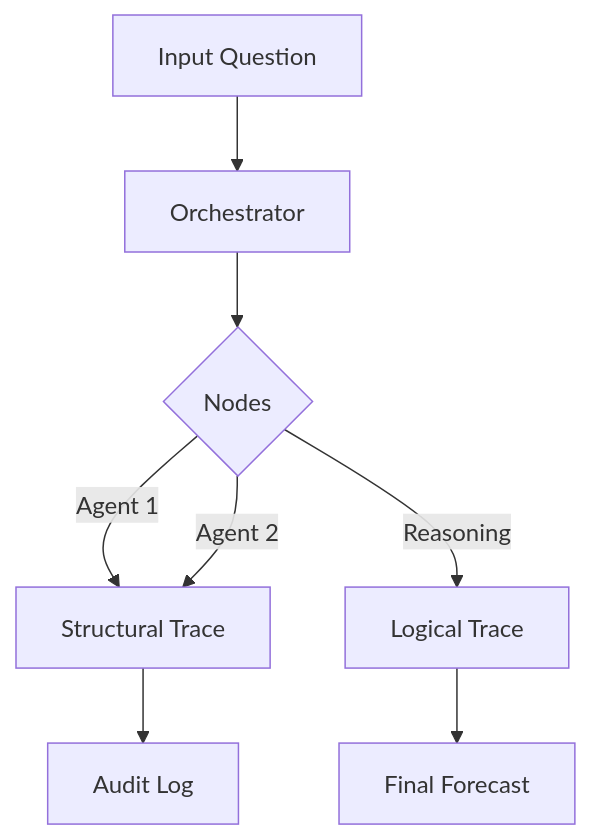
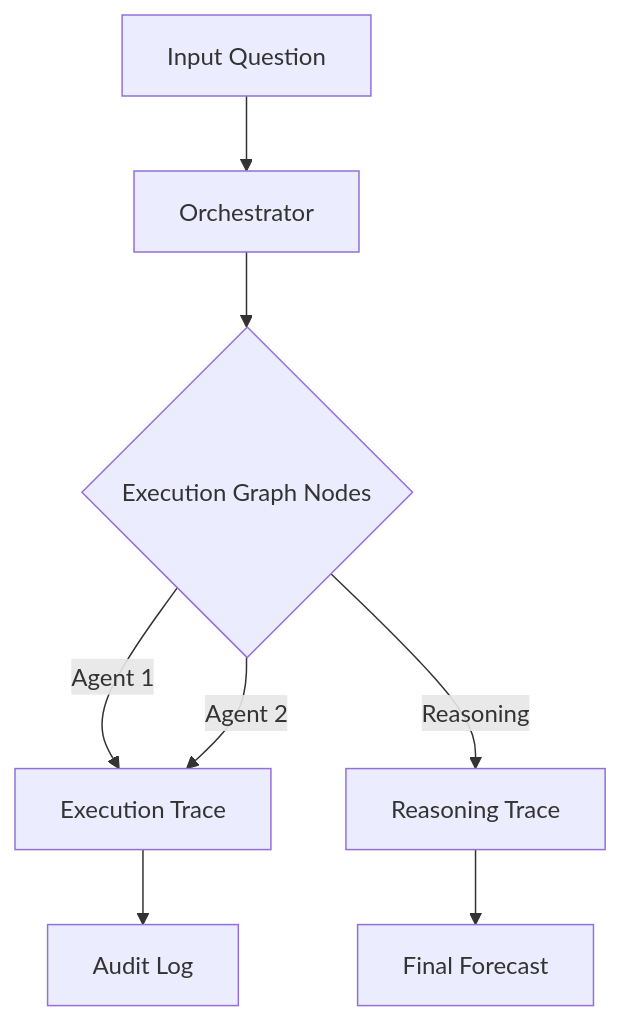
Before and after one commit to xrtm-org/forecast: the first of 2 diagrams in docs/architecture.md, drawn with Mermaid. The commit also changed other lines of this file and 43 other files, not shown here.

First line of the commit message:
docs: align stack versioning and execution trace terminology

````diff
--- a/docs/architecture.md
+++ b/docs/architecture.md
@@ -84,10 +94,10 @@
 ```mermaid
 graph TD
     A[Input Question] --> B[Orchestrator]
-    B --> C{Nodes}
-    C -- "Agent 1" --> D[Structural Trace]
+    B --> C{Execution Graph Nodes}
+    C -- "Agent 1" --> D[Execution Trace]
     C -- "Agent 2" --> D
     D --> E[Audit Log]
-    C -- "Reasoning" --> F[Logical Trace]
+    C -- "Reasoning" --> F[Reasoning Trace]
     F --> G[Final Forecast]
 ```
````
